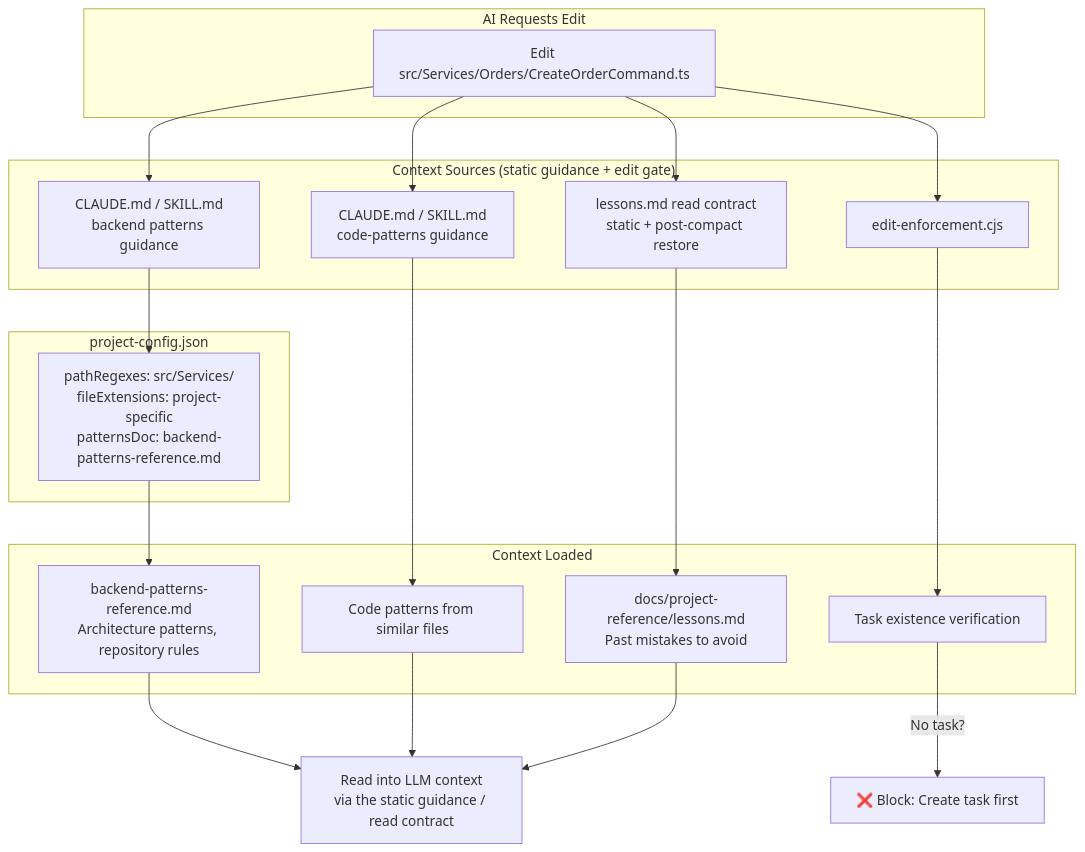
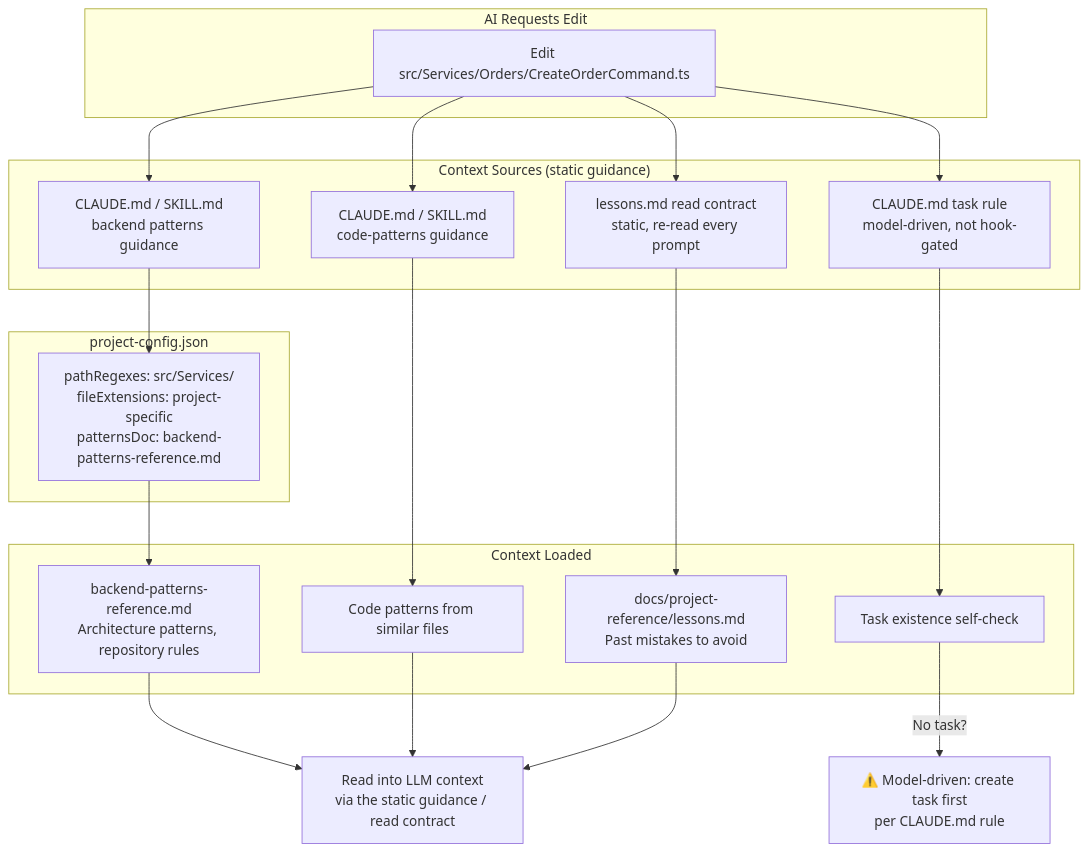
The fourth of 20 diagrams in .claude/docs/claude-ai-agent-framework-guide.md (duc01226/easy-claude), drawn with Mermaid before and after one commit. The commit also changed other lines of this file and 327 other files, not shown here.

````diff
--- a/.claude/docs/claude-ai-agent-framework-guide.md
+++ b/.claude/docs/claude-ai-agent-framework-guide.md
@@ -359,34 +353,34 @@
 ```mermaid
 graph TB
     subgraph "AI Requests Edit"
         E[Edit src/Services/Orders/CreateOrderCommand.ts]
     end
 
-    subgraph "Context Sources (static guidance + edit gate)"
+    subgraph "Context Sources (static guidance)"
         BC[CLAUDE.md / SKILL.md<br/>backend patterns guidance]
         CP[CLAUDE.md / SKILL.md<br/>code-patterns guidance]
-        LI[lessons.md read contract<br/>static + post-compact restore]
-        EE[edit-enforcement.cjs]
+        LI[lessons.md read contract<br/>static, re-read every prompt]
+        EE[CLAUDE.md task rule<br/>model-driven, not hook-gated]
     end
 
     subgraph "Context Loaded"
         P1[backend-patterns-reference.md<br/>Architecture patterns, repository rules]
         P2[Code patterns from similar files]
         P3[docs/project-reference/lessons.md<br/>Past mistakes to avoid]
-        P5[Task existence verification]
+        P5[Task existence self-check]
     end
 
     subgraph "project-config.json"
         PC[pathRegexes: src/Services/<br/>fileExtensions: project-specific<br/>patternsDoc: backend-patterns-reference.md]
     end
 
     E --> BC & CP & LI & EE
     BC --> PC
     PC --> P1
     CP --> P2
     LI --> P3
     EE --> P5
 
     P1 & P2 & P3 --> INJ[Read into LLM context<br/>via the static guidance / read contract]
-    P5 -->|No task?| BLOCK2[❌ Block: Create task first]
+    P5 -->|No task?| BLOCK2[⚠️ Model-driven: create task first<br/>per CLAUDE.md rule]
 ```
````
